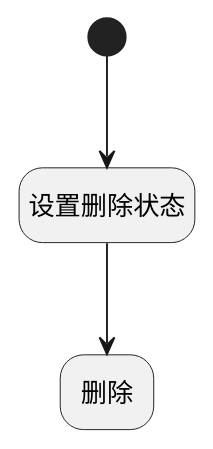
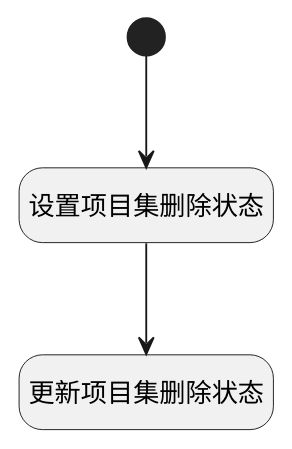
One commit to iBizLab/plm changed the diagram in doc/docsify/module/Base/portfolio/logic/delete_project_set.md. Above: the diagram before and after it, drawn with PlantUML. The commit also changed other lines of this file and 1068 other files, not shown here.

````diff
--- a/doc/docsify/module/Base/portfolio/logic/delete_project_set.md
+++ b/doc/docsify/module/Base/portfolio/logic/delete_project_set.md
@@ -7,21 +7,21 @@
 ```plantuml
 @startuml
 hide empty description
 <style>
 root {
   HyperlinkColor #42b983
 }
 </style>
 
 hide empty description
 state "开始" as Begin <<start>> [[$./delete_project_set#begin {"开始"}]]
-state "设置删除状态" as PREPAREPARAM1  [[$./delete_project_set#prepareparam1 {"设置删除状态"}]]
-state "删除" as DEACTION1  [[$./delete_project_set#deaction1 {"删除"}]]
+state "设置项目集删除状态" as PREPAREPARAM1  [[$./delete_project_set#prepareparam1 {"设置项目集删除状态"}]]
+state "更新项目集删除状态" as DEACTION1  [[$./delete_project_set#deaction1 {"更新项目集删除状态"}]]
 
 
 Begin --> PREPAREPARAM1
 PREPAREPARAM1 --> DEACTION1
 
 
 @enduml
 ```
````
